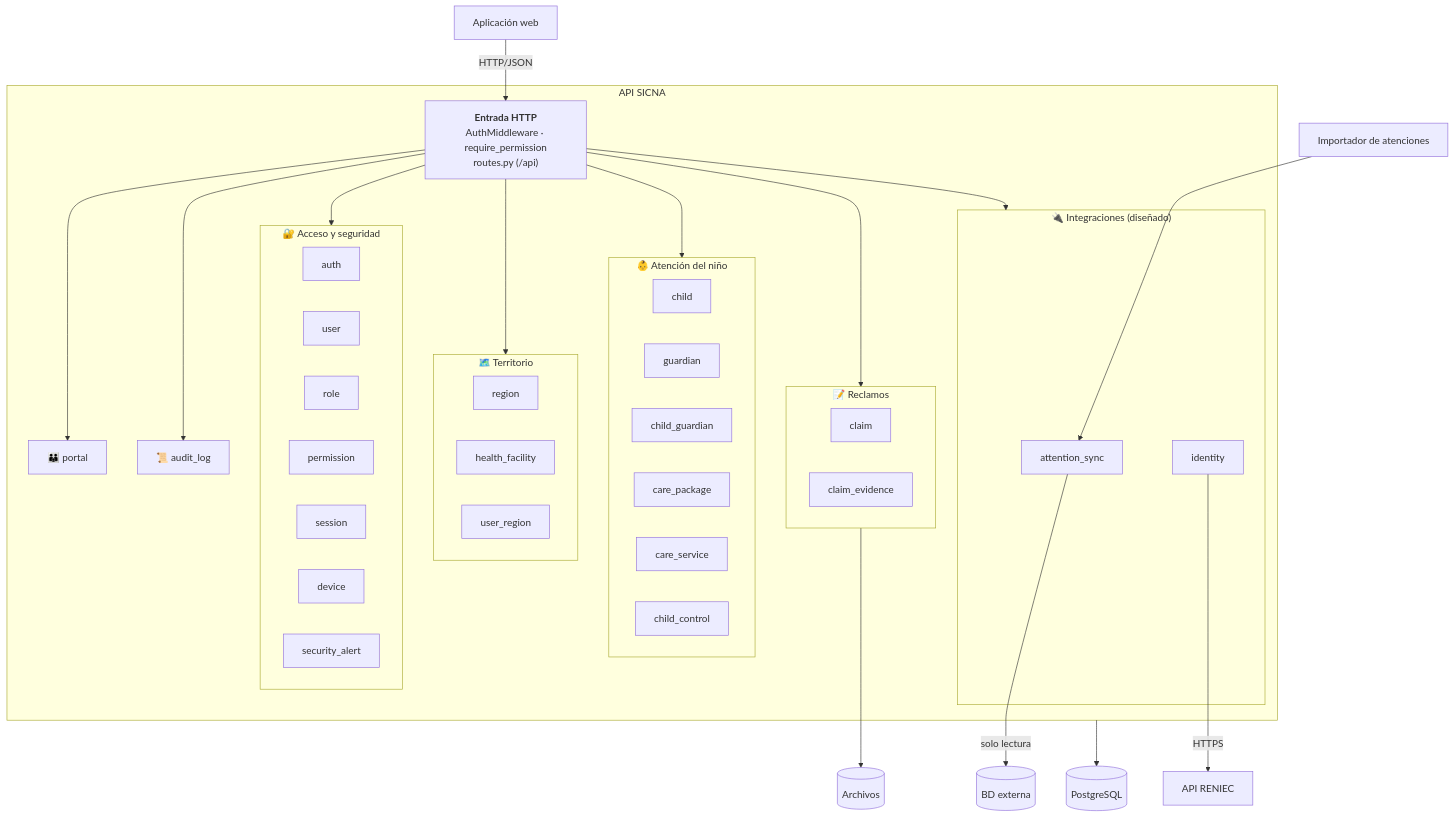
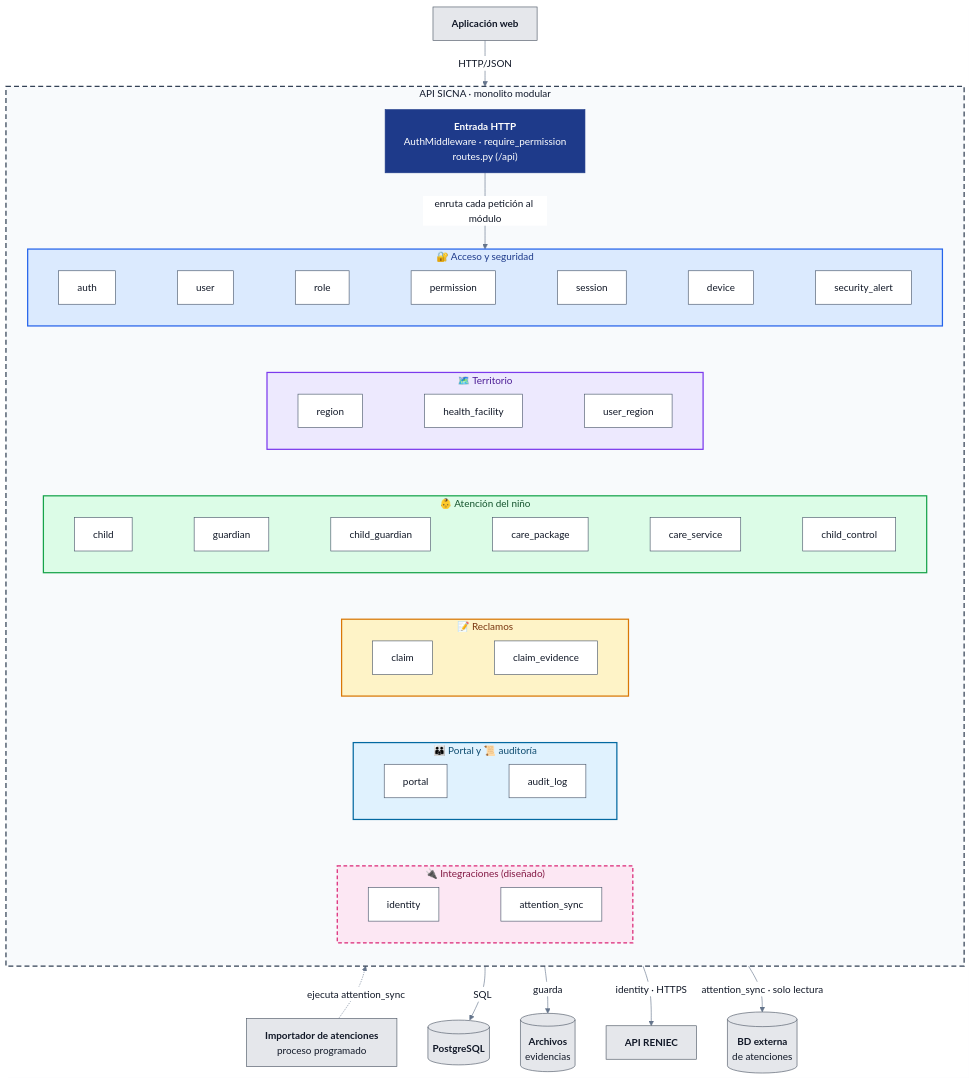
The first of 2 diagrams in docs/04-modelo-c4/nivel-3-componentes.md (germanAmiqueroPeralta/SPRINT1), drawn with Mermaid before and after one commit. The commit also changed other lines of this file, not shown here.

Commit message:
Diagramas de componentes C4 en vertical y con colores por grupo

````diff
--- a/docs/04-modelo-c4/nivel-3-componentes.md
+++ b/docs/04-modelo-c4/nivel-3-componentes.md
@@ -23,54 +23,66 @@
 ```mermaid
+%%{init: {"theme": "base", "themeVariables": {"primaryColor": "#ffffff", "primaryTextColor": "#111827", "primaryBorderColor": "#475569", "lineColor": "#64748b", "textColor": "#111827", "titleColor": "#111827", "edgeLabelBackground": "#ffffff", "clusterBkg": "#f8fafc", "clusterBorder": "#94a3b8"}, "flowchart": {"wrappingWidth": 600}}}%%
 flowchart TB
-    Web["Aplicación web"] -->|HTTP/JSON| Entrada
-    Job["Importador de atenciones"] --> sync
+    Web["<b>Aplicación web</b>"]
+    Job["<b>Importador de atenciones</b><br/>proceso programado"]
 
-    subgraph API["API SICNA"]
+    subgraph API["API#nbsp;SICNA#nbsp;·#nbsp;monolito#nbsp;modular"]
+        direction TB
         Entrada["<b>Entrada HTTP</b><br/>AuthMiddleware · require_permission<br/>routes.py (/api)"]
 
-        subgraph Acceso["🔐 Acceso y seguridad"]
-            auth[auth]
-            user[user]
-            role[role]
-            perm[permission]
-            session[session]
-            device[device]
-            alert[security_alert]
-        end
-
-        subgraph Territorio["🗺️ Territorio"]
-            region[region]
-            hf[health_facility]
-            ur[user_region]
-        end
-
-        subgraph Atencion["👶 Atención del niño"]
-            child[child]
-            guardian[guardian]
-            cg[child_guardian]
-            pkg[care_package]
-            srv[care_service]
-            ctrl[child_control]
-        end
-
-        subgraph Reclamos["📝 Reclamos"]
-            claim[claim]
-            ev[claim_evidence]
-        end
-
-        subgraph Integraciones["🔌 Integraciones (diseñado)"]
-            identity[identity]
-            sync[attention_sync]
-        end
-
-        portal[👪 portal]
-        audit[📜 audit_log]
-
-        Entrada --> Acceso & Territorio & Atencion & Reclamos & Integraciones & portal & audit
+            subgraph Acceso["🔐#nbsp;Acceso#nbsp;y#nbsp;seguridad"]
+                direction LR
+                auth[auth] ~~~ user[user] ~~~ role[role] ~~~ perm[permission] ~~~ session[session] ~~~ device[device] ~~~ alert[security_alert]
+            end
+            subgraph Territorio["🗺️#nbsp;Territorio"]
+                direction LR
+                region[region] ~~~ hf[health_facility] ~~~ ur[user_region]
+            end
+            subgraph Atencion["👶#nbsp;Atención#nbsp;del#nbsp;niño"]
+                direction LR
+                child[child] ~~~ guardian[guardian] ~~~ cg[child_guardian] ~~~ pkg[care_package] ~~~ srv[care_service] ~~~ ctrl[child_control]
+            end
+            subgraph Reclamos["📝#nbsp;Reclamos"]
+                direction LR
+                claim[claim] ~~~ ev[claim_evidence]
+            end
+            subgraph Transv["👪#nbsp;Portal#nbsp;y#nbsp;📜#nbsp;auditoría"]
+                direction LR
+                portal[portal] ~~~ audit[audit_log]
+            end
+            subgraph Integraciones["🔌#nbsp;Integraciones#nbsp;(diseñado)"]
+                direction LR
+                identity[identity] ~~~ sync[attention_sync]
+            end
+            Entrada -->|enruta cada petición al módulo| Acceso
+            Acceso ~~~ Territorio ~~~ Atencion ~~~ Reclamos ~~~ Transv ~~~ Integraciones
     end
 
-    API --> BD[("PostgreSQL")]
-    Reclamos --> FS[("Archivos")]
-    identity -->|HTTPS| RENIEC["API RENIEC"]
-    sync -->|solo lectura| BDEXT[("BD externa")]
+    BD[("<b>PostgreSQL</b>")]
+    FS[("<b>Archivos</b><br/>evidencias")]
+    RENIEC["<b>API RENIEC</b>"]
+    BDEXT[("<b>BD externa</b><br/>de atenciones")]
+
+    Web -->|HTTP/JSON| Entrada
+    Integraciones ~~~ Job
+    Job -.->|ejecuta attention_sync| Integraciones
+    Integraciones ~~~ BD
+    API -->|SQL| BD
+    Reclamos -->|guarda| FS
+    Integraciones -->|"identity · HTTPS"| RENIEC
+    Integraciones -->|"attention_sync · solo lectura"| BDEXT
+
+    classDef mod fill:#ffffff,stroke:#475569,color:#111827
+    classDef ext fill:#e5e7eb,stroke:#4b5563,color:#111827
+    classDef entry fill:#1e3a8a,stroke:#1e3a8a,color:#ffffff
+    class auth,user,role,perm,session,device,alert,region,hf,ur,child,guardian,cg,pkg,srv,ctrl,claim,ev,portal,audit,identity,sync mod
+    class Web,Job,BD,FS,RENIEC,BDEXT ext
+    class Entrada entry
+    style API fill:#f8fafc,stroke:#334155,stroke-width:2px,stroke-dasharray:8 5,color:#0f172a
+    style Acceso fill:#dbeafe,stroke:#2563eb,stroke-width:2px,color:#1e3a8a
+    style Territorio fill:#ede9fe,stroke:#7c3aed,stroke-width:2px,color:#4c1d95
+    style Atencion fill:#dcfce7,stroke:#16a34a,stroke-width:2px,color:#14532d
+    style Reclamos fill:#fef3c7,stroke:#d97706,stroke-width:2px,color:#78350f
+    style Transv fill:#e0f2fe,stroke:#0369a1,stroke-width:2px,color:#0c4a6e
+    style Integraciones fill:#fce7f3,stroke:#db2777,stroke-width:2px,stroke-dasharray:6 4,color:#831843
 ```
````
